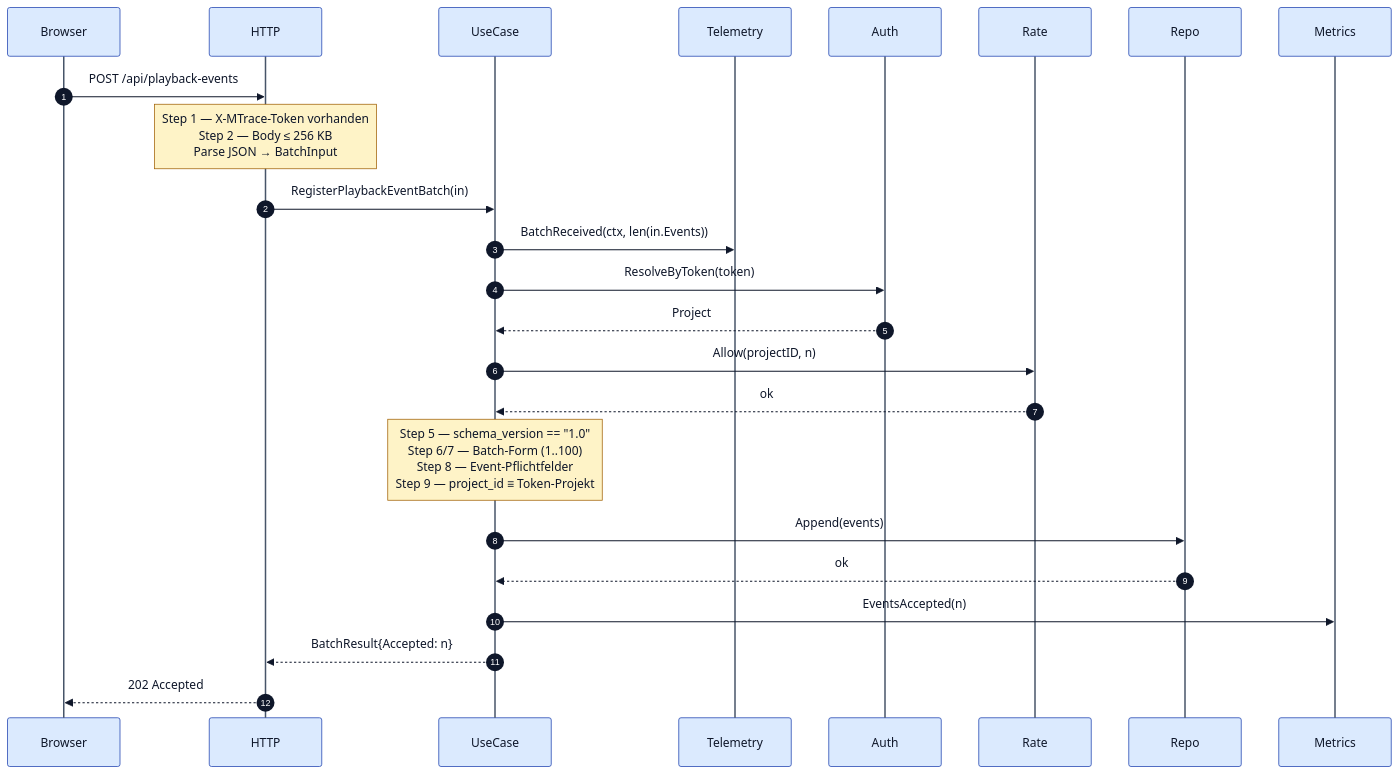
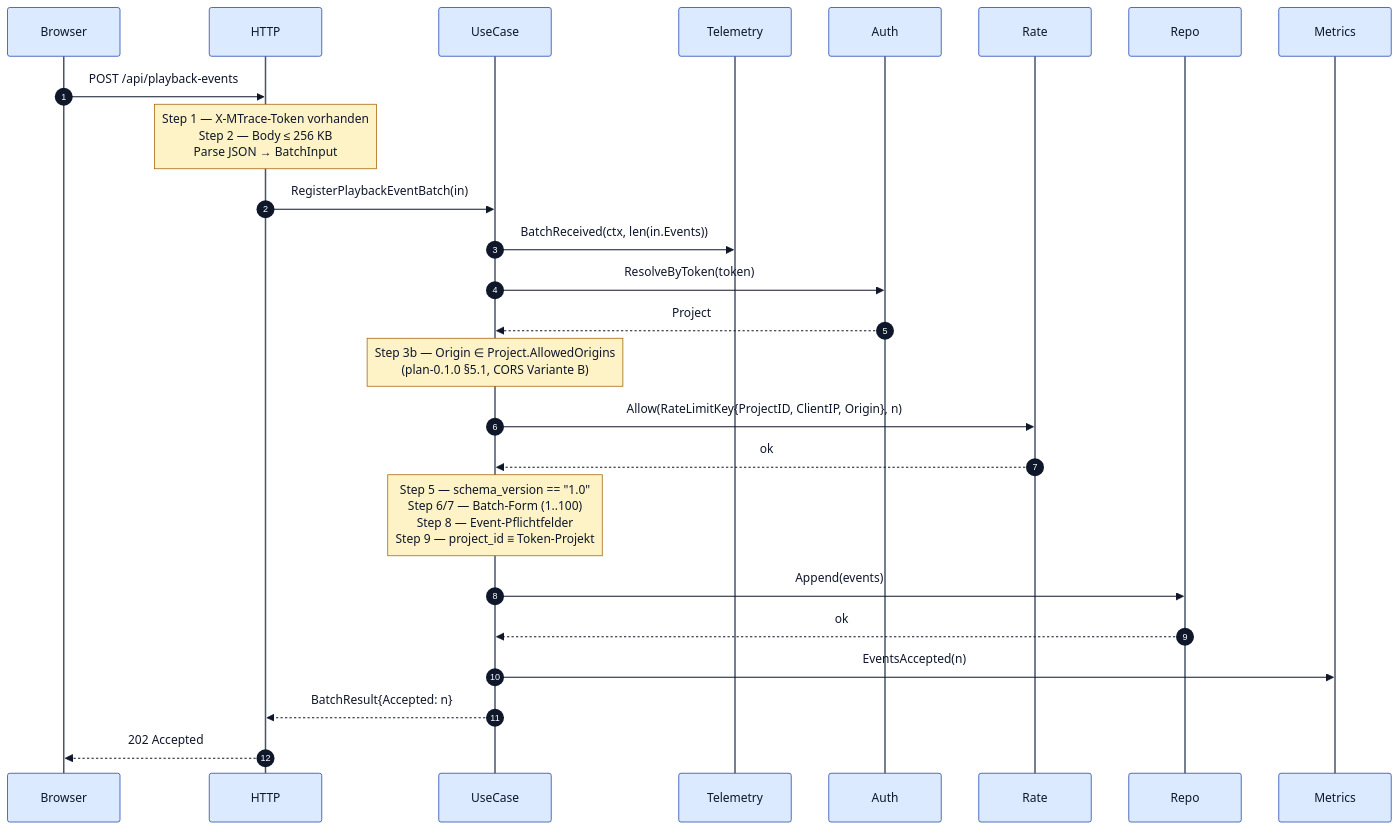
The third of 6 diagrams in docs/architecture.md (pt9912/m-trace), drawn with Mermaid before and after one commit. The commit also changed other lines of this file and 9 other files, not shown here.

First line of the commit message:
feat(apps/api): RateLimiter mit drei Dimensionen (Plan 0.1.0 §5.1)

````diff
--- a/docs/architecture.md
+++ b/docs/architecture.md
@@ -318,28 +328,29 @@
 ```mermaid
 %%{init: {'theme':'base','themeVariables':{'background':'#f8fafc','primaryColor':'#dbeafe','primaryTextColor':'#0f172a','primaryBorderColor':'#1e40af','lineColor':'#0f172a','secondaryColor':'#fef3c7','tertiaryColor':'#dcfce7','noteBkgColor':'#fef3c7','noteTextColor':'#0f172a','noteBorderColor':'#a16207','actorBkg':'#dbeafe','actorBorder':'#1e40af','actorTextColor':'#0f172a','actorLineColor':'#475569','signalColor':'#0f172a','signalTextColor':'#0f172a','sequenceNumberColor':'#ffffff','labelTextColor':'#0f172a','loopTextColor':'#0f172a','edgeLabelBackground':'#f8fafc'}}}%%
 sequenceDiagram
     autonumber
     participant Browser
     participant HTTP
     participant UseCase
     participant Telemetry
     participant Auth
     participant Rate
     participant Repo
     participant Metrics
 
     Browser->>HTTP: POST /api/playback-events
     Note over HTTP: Step 1 — X-MTrace-Token vorhanden<br/>Step 2 — Body ≤ 256 KB<br/>Parse JSON → BatchInput
     HTTP->>UseCase: RegisterPlaybackEventBatch(in)
     UseCase->>Telemetry: BatchReceived(ctx, len(in.Events))
     UseCase->>Auth: ResolveByToken(token)
     Auth-->>UseCase: Project
-    UseCase->>Rate: Allow(projectID, n)
+    Note over UseCase: Step 3b — Origin ∈ Project.AllowedOrigins<br/>(plan-0.1.0 §5.1, CORS Variante B)
+    UseCase->>Rate: Allow(RateLimitKey{ProjectID, ClientIP, Origin}, n)
     Rate-->>UseCase: ok
     Note over UseCase: Step 5 — schema_version == "1.0"<br/>Step 6/7 — Batch-Form (1..100)<br/>Step 8 — Event-Pflichtfelder<br/>Step 9 — project_id ≡ Token-Projekt
     UseCase->>Repo: Append(events)
     Repo-->>UseCase: ok
     UseCase->>Metrics: EventsAccepted(n)
     UseCase-->>HTTP: BatchResult{Accepted: n}
     HTTP-->>Browser: 202 Accepted
 ```
````
